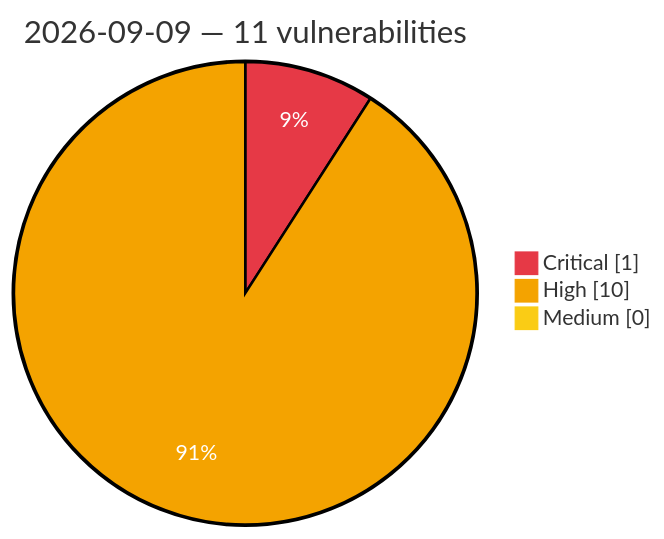
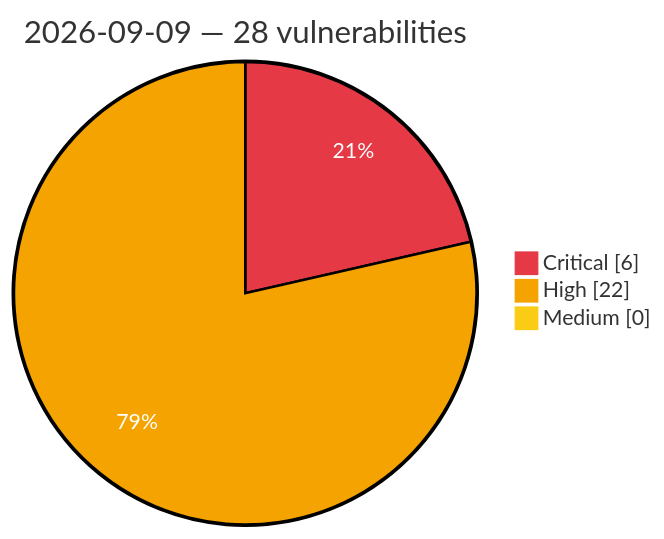
One commit to GhostX0X/vuln-tracker changed the diagram in vulnerabilities/2026/September/2026-09-09.md. Above: the diagram before and after it, drawn with Mermaid. The commit also changed other lines of this file and 5 other files, not shown here.

Commit message:
Auto update: critical/high vulns (2026-09-09 11:10 UTC)

````diff
--- a/vulnerabilities/2026/September/2026-09-09.md
+++ b/vulnerabilities/2026/September/2026-09-09.md
@@ -3,8 +3,8 @@
 ```mermaid
 %%{init: {'theme':'base', 'themeVariables': {'pie1':'#e63946', 'pie2':'#f4a300', 'pie3':'#facc15', 'pieOpacity':'1', 'pieOuterStrokeWidth':'2px', 'pieSectionTextColor':'#ffffff'}}}%%
 pie showData
-    title 2026-09-09 — 11 vulnerabilities
-    "Critical" : 1
-    "High" : 10
+    title 2026-09-09 — 28 vulnerabilities
+    "Critical" : 6
+    "High" : 22
     "Medium" : 0
 ```
````
